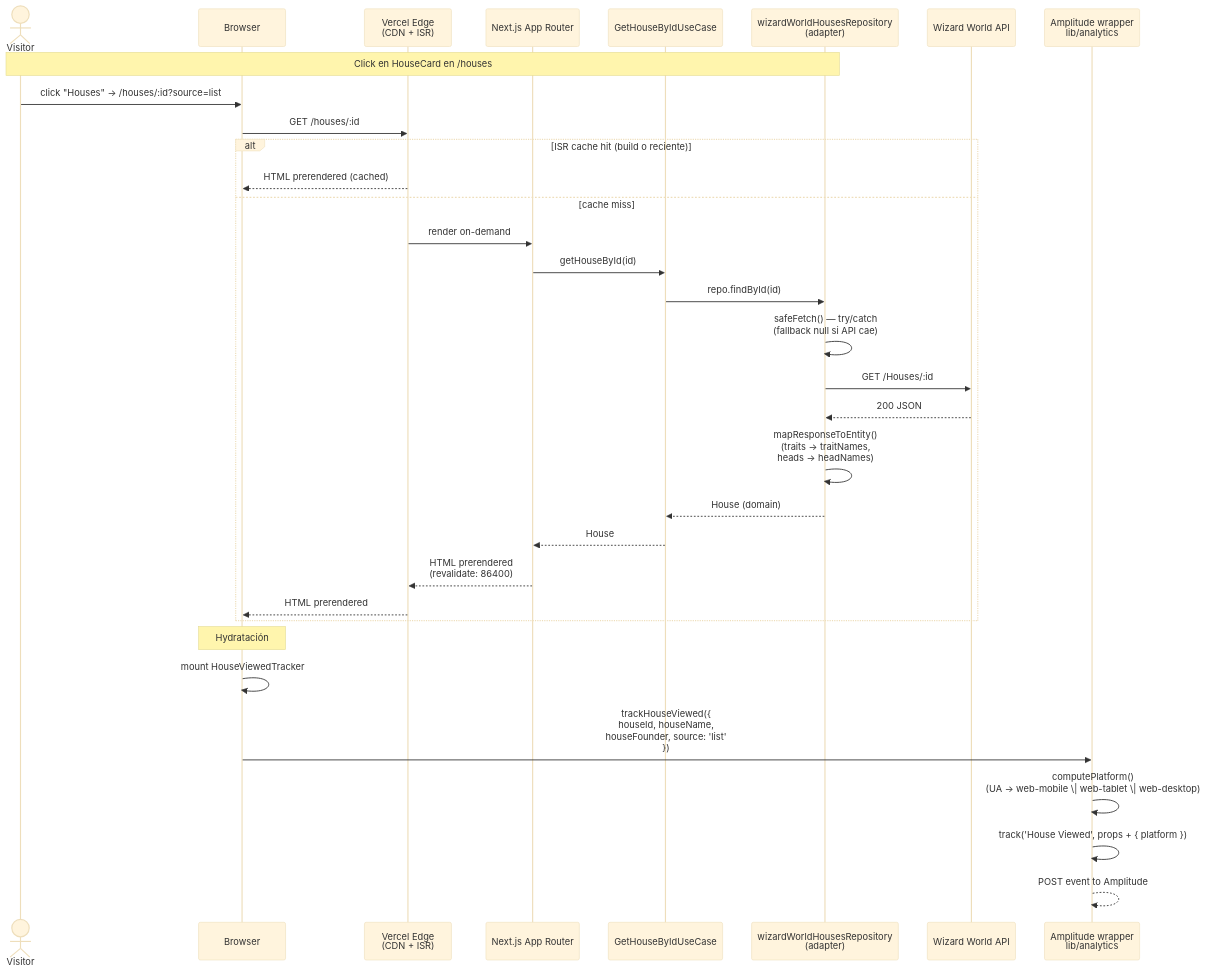
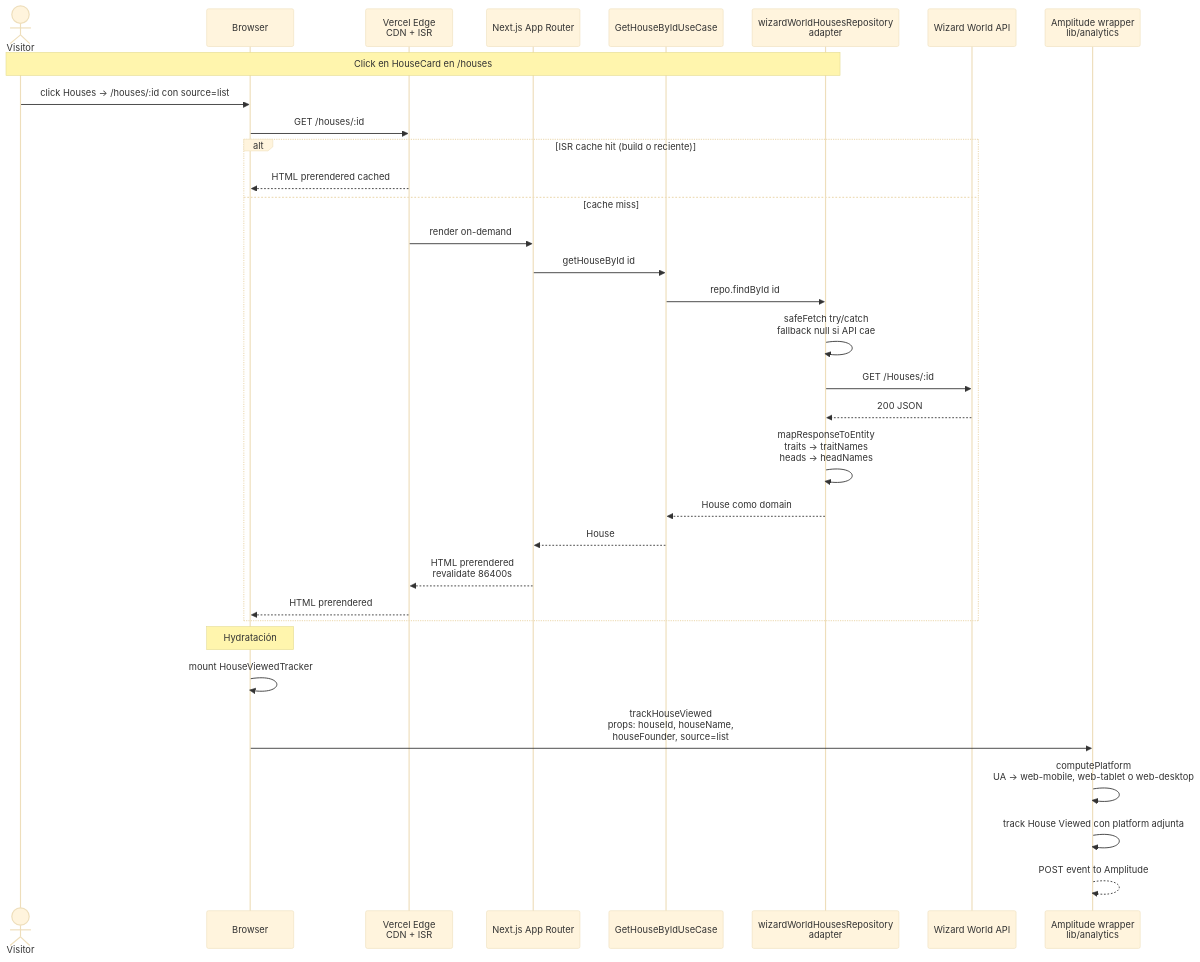
The diagram in docs/diagrams/lld-house-detail.md (PKerty/wizard-hub), drawn with Mermaid (base theme) before and after one commit. The commit also changed 2 other files, not shown here.

Commit message:
fix(diagrams): sanitize mermaid syntax for strict security level
GitHub renders Mermaid with securityLevel='strict' which rejects special
characters inside flowchart edge labels, sequence messages, and state
descriptions. Wrapped edge labels in quotes and stripped (), {}, +, ', "
from messages/descriptions. No semantic change.

Fixes render error reported in PR #14 around HLD line 41.

````diff
--- a/docs/diagrams/lld-house-detail.md
+++ b/docs/diagrams/lld-house-detail.md
@@ -8,38 +8,38 @@
 ```mermaid
 sequenceDiagram
     actor U as Visitor
     participant B as Browser
-    participant E as Vercel Edge<br/>(CDN + ISR)
+    participant E as Vercel Edge<br/>CDN + ISR
     participant N as Next.js App Router
     participant UC as GetHouseByIdUseCase
-    participant R as wizardWorldHousesRepository<br/>(adapter)
+    participant R as wizardWorldHousesRepository<br/>adapter
     participant A as Wizard World API
     participant AM as Amplitude wrapper<br/>lib/analytics
 
     Note over U,R: Click en HouseCard en /houses
-    U->>B: click "Houses" → /houses/:id?source=list
+    U->>B: click Houses → /houses/:id con source=list
     B->>E: GET /houses/:id
 
     alt ISR cache hit (build o reciente)
-        E-->>B: HTML prerendered (cached)
+        E-->>B: HTML prerendered cached
     else cache miss
         E->>N: render on-demand
-        N->>UC: getHouseById(id)
-        UC->>R: repo.findById(id)
-        R->>R: safeFetch() — try/catch<br/>(fallback null si API cae)
+        N->>UC: getHouseById id
+        UC->>R: repo.findById id
+        R->>R: safeFetch try/catch<br/>fallback null si API cae
         R->>A: GET /Houses/:id
         A-->>R: 200 JSON
-        R->>R: mapResponseToEntity()<br/>(traits → traitNames,<br/>heads → headNames)
-        R-->>UC: House (domain)
+        R->>R: mapResponseToEntity<br/>traits → traitNames<br/>heads → headNames
+        R-->>UC: House como domain
         UC-->>N: House
-        N-->>E: HTML prerendered<br/>(revalidate: 86400)
+        N-->>E: HTML prerendered<br/>revalidate 86400s
         E-->>B: HTML prerendered
     end
 
     Note over B: Hydratación
     B->>B: mount HouseViewedTracker
-    B->>AM: trackHouseViewed({<br/>  houseId, houseName,<br/>  houseFounder, source: 'list'<br/>})
-    AM->>AM: computePlatform()<br/>(UA → web-mobile \| web-tablet \| web-desktop)
-    AM->>AM: track('House Viewed', props + { platform })
+    B->>AM: trackHouseViewed<br/>props: houseId, houseName,<br/>houseFounder, source=list
+    AM->>AM: computePlatform<br/>UA → web-mobile, web-tablet o web-desktop
+    AM->>AM: track House Viewed con platform adjunta
     AM-->>AM: POST event to Amplitude
 ```
````
